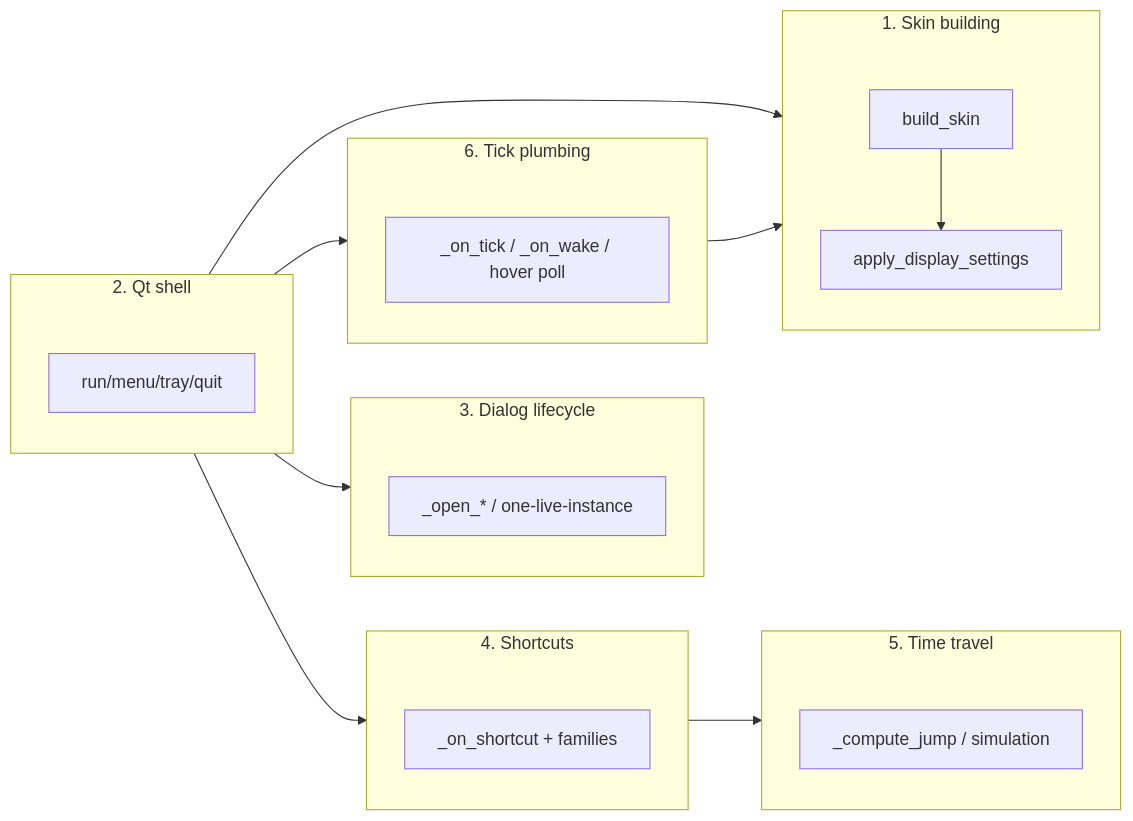
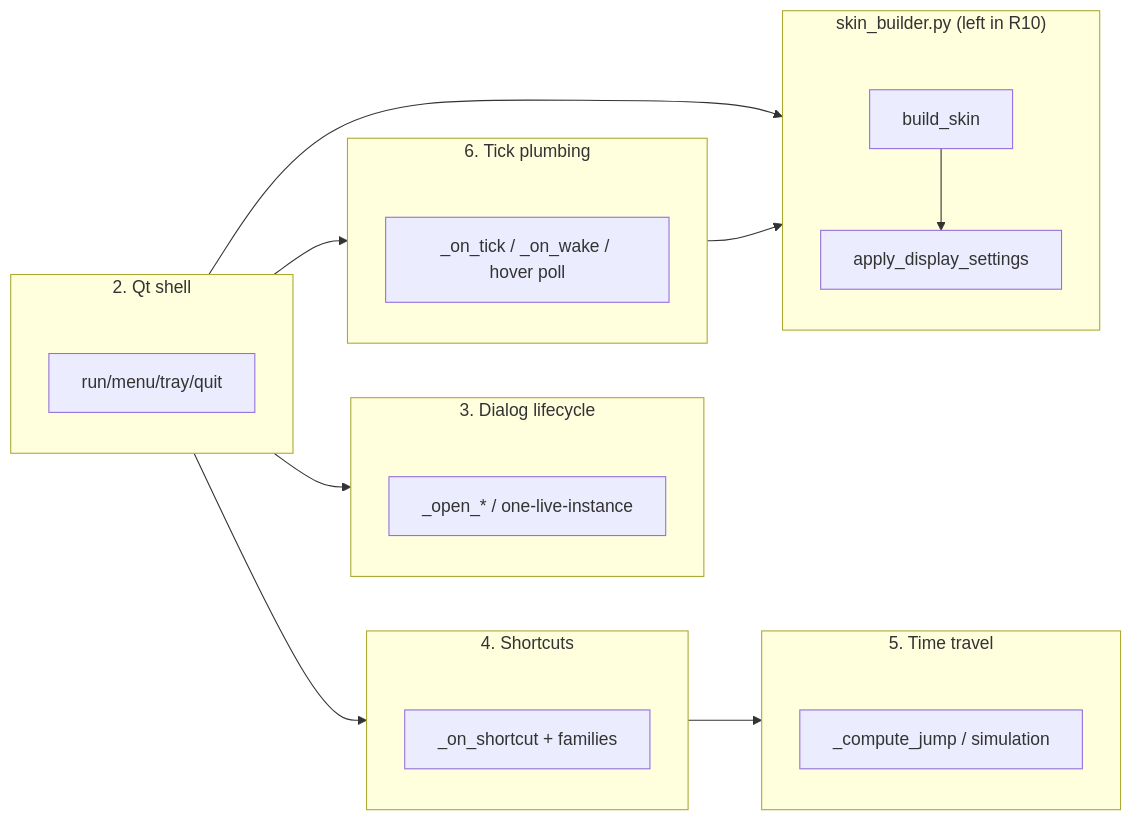
The fifth of 5 diagrams in desktop/app/__flow/controller.md (UVuruna/Watch-Academy), drawn with Mermaid before and after one commit. The commit also changed 53 other files, not shown here.

````diff
--- a/desktop/app/__flow/controller.md
+++ b/desktop/app/__flow/controller.md
@@ -129,28 +129,28 @@
 ```mermaid
 %%{init: {'flowchart': {'subGraphTitleMargin': {'top': 0, 'bottom': 35}}}}%%
 flowchart LR
-    subgraph SKIN["1. Skin building"]
+    subgraph SKIN["skin_builder.py (left in R10)"]
         BS[build_skin] --> AD[apply_display_settings]
     end
     subgraph SHELL["2. Qt shell"]
         RUN[run/menu/tray/quit]
     end
     subgraph DLG["3. Dialog lifecycle"]
         OPEN["_open_* / one-live-instance"]
     end
     subgraph SC["4. Shortcuts"]
         ONSC[_on_shortcut + families]
     end
     subgraph TT["5. Time travel"]
         CJ[_compute_jump / simulation]
     end
     subgraph TICK["6. Tick plumbing"]
         OT[_on_tick / _on_wake / hover poll]
     end
     SHELL --> SKIN
     SHELL --> DLG
     SHELL --> SC
     SC --> TT
     SHELL --> TICK
     TICK --> SKIN
 ```
````
